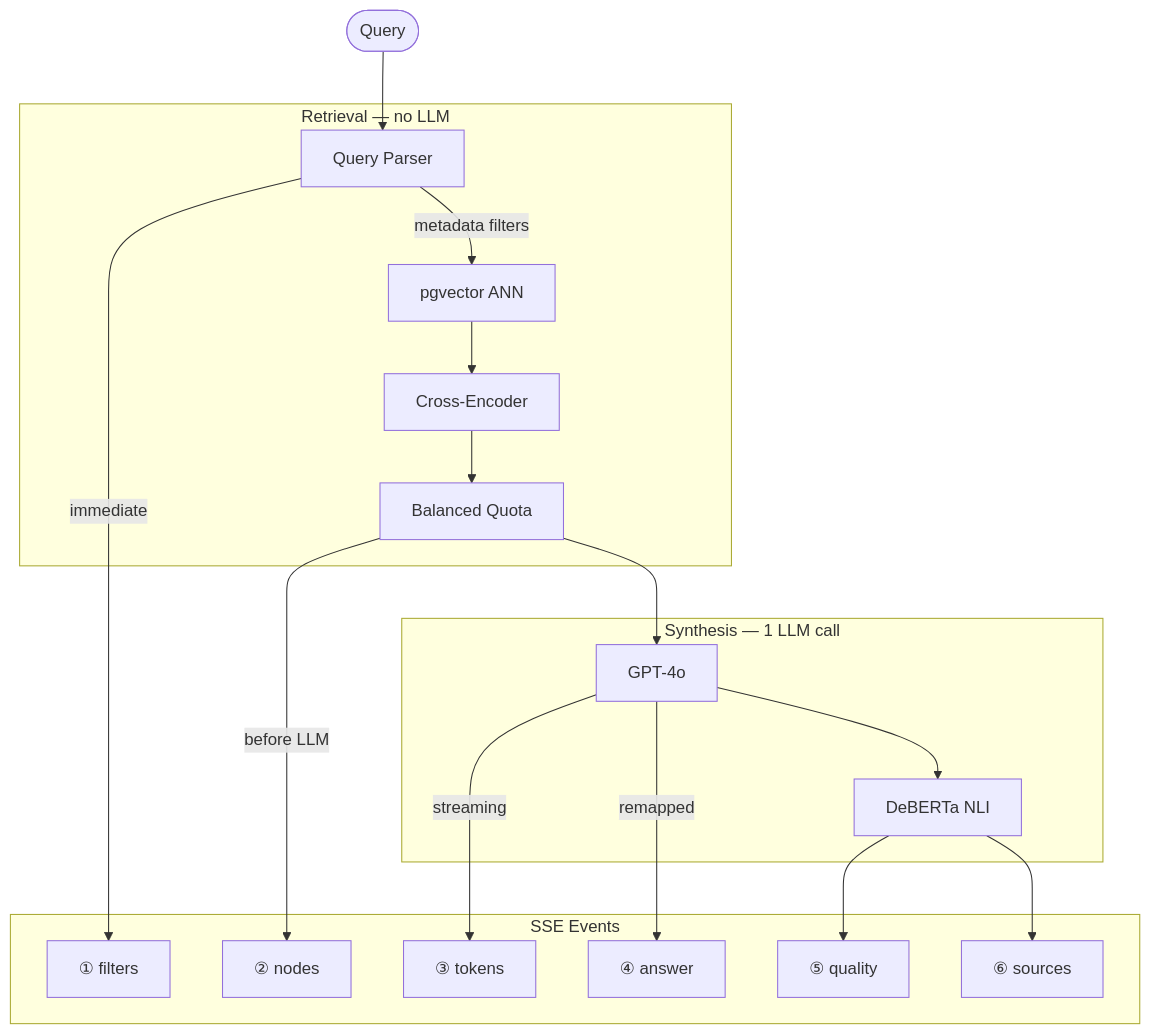
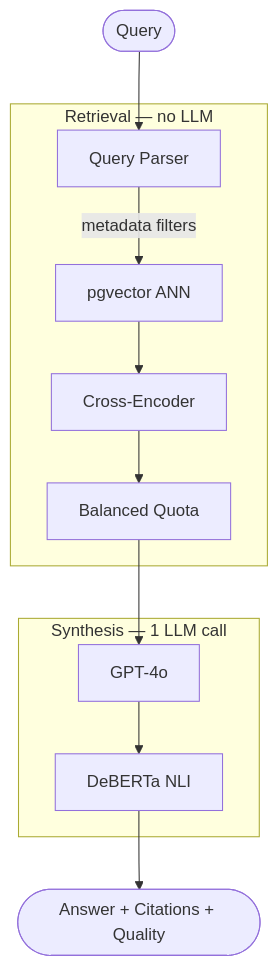
The diagram in README.md (jeremybeck/SEC-Rag), drawn with Mermaid before and after one commit.

Commit message:
readme cleanup of mermaid

````diff
--- a/README.md
+++ b/README.md
@@ -6,37 +6,23 @@
 ```mermaid
 flowchart TD
     Q([Query]) --> QP
 
     subgraph Retrieval["Retrieval — no LLM"]
         QP[Query Parser]
         ANN[pgvector ANN]
         RE[Cross-Encoder]
         MMR[Balanced Quota]
         QP -->|metadata filters| ANN
         ANN --> RE
         RE --> MMR
     end
 
     subgraph Synthesis["Synthesis — 1 LLM call"]
         LLM[GPT-4o]
         NLI[DeBERTa NLI]
         LLM --> NLI
     end
 
-    subgraph Output["SSE Events"]
-        F[① filters]
-        N[② nodes]
-        T[③ tokens]
-        A[④ answer]
-        QA[⑤ quality]
-        S[⑥ sources]
-    end
-
     MMR --> LLM
-    QP -->|immediate| F
-    MMR -->|before LLM| N
-    LLM -->|streaming| T
-    LLM -->|remapped| A
-    NLI --> QA
-    NLI --> S
+    NLI --> R([Answer + Citations + Quality])
 ```
````
